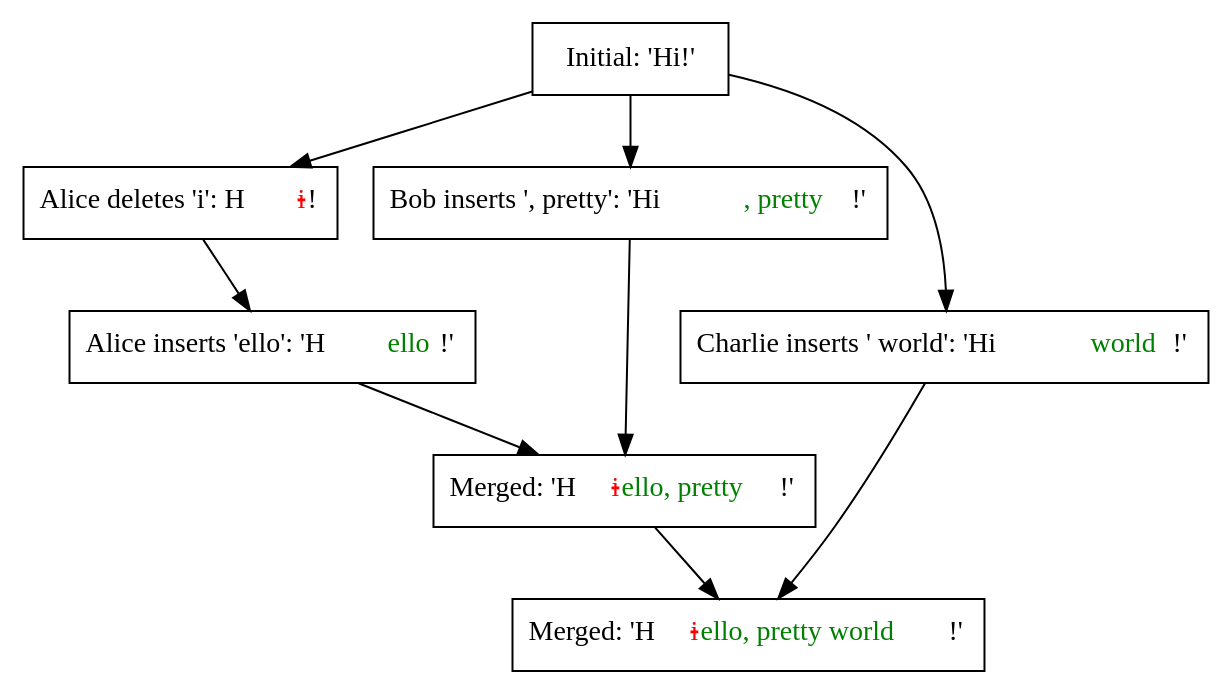
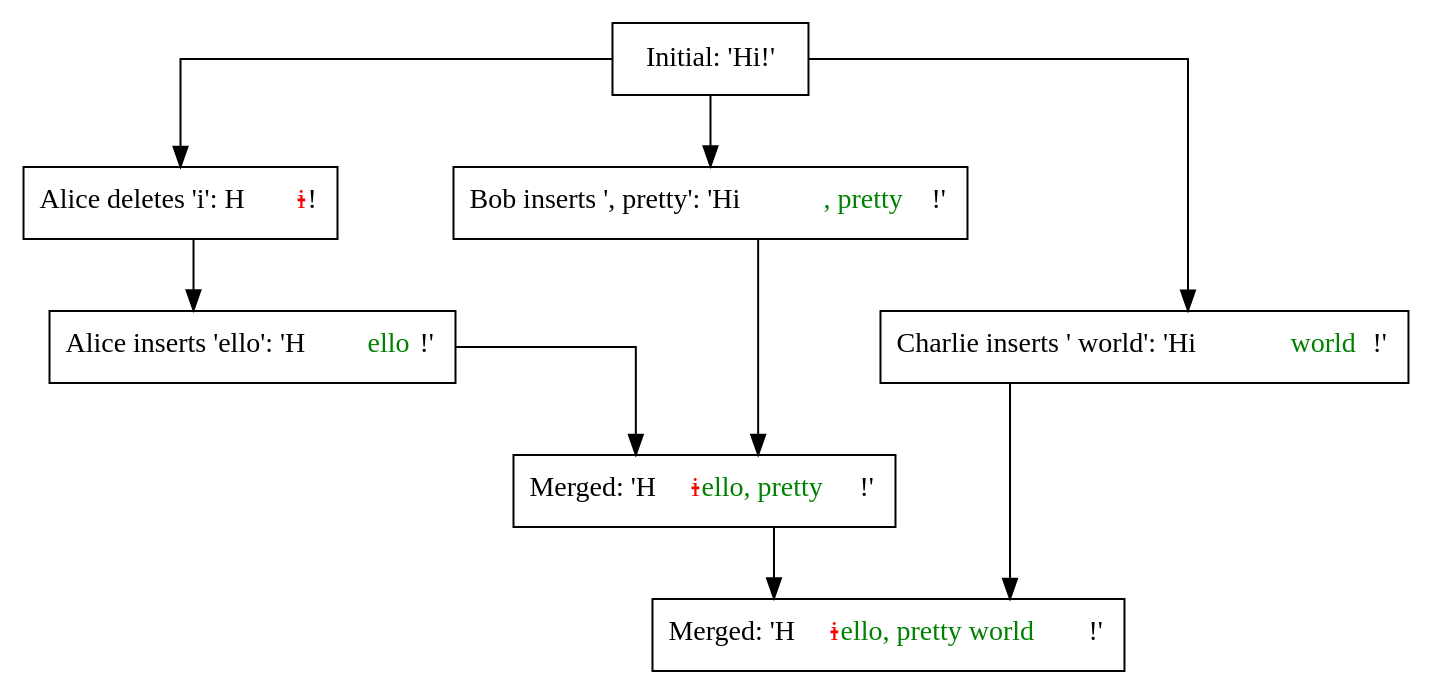
Before and after one commit to kindone/text-versioncontrol: the diagram in doc/introduction.dot, drawn with Graphviz. The commit also changed 6 other files, not shown here.

```diff
--- a/doc/introduction.dot
+++ b/doc/introduction.dot
@@ -1,16 +1,17 @@
 digraph introduction {
+  graph [/*label="Orthogonal edges",*/ splines=ortho, nodesep=0.8]
   node [shape=box]
   //node [fontname=Arial];
   initial [label="Initial: 'Hi!'"]
   alice_rev0 [label=<Alice deletes 'i': H<font color='red'><s>i</s></font>!>]
   alice_rev1 [label=<Alice inserts 'ello': 'H<font color='green'>ello</font>!'>]
   bob_rev0 [label=<Bob inserts ', pretty': 'Hi<font color='green'>, pretty</font>!'>]
   charlie_rev0 [label=<Charlie inserts ' world': 'Hi <font color='green'>world</font>!'>]
   merged1 [label=<Merged: 'H<font color='red'><s>i</s></font><font color='green'>ello, pretty</font>!'>]
   merged2 [label=<Merged: 'H<font color='red'><s>i</s></font><font color='green'>ello, pretty world</font>!'>]
 
   initial -> alice_rev0 -> alice_rev1 -> merged1;
   initial -> bob_rev0 -> merged1;
   merged1 -> merged2
   initial -> charlie_rev0 -> merged2
 }
```
